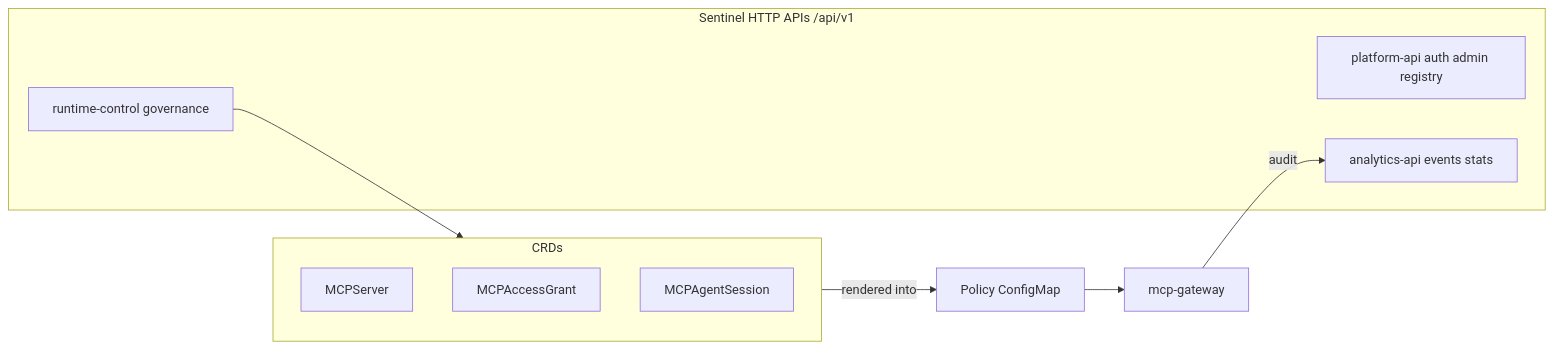
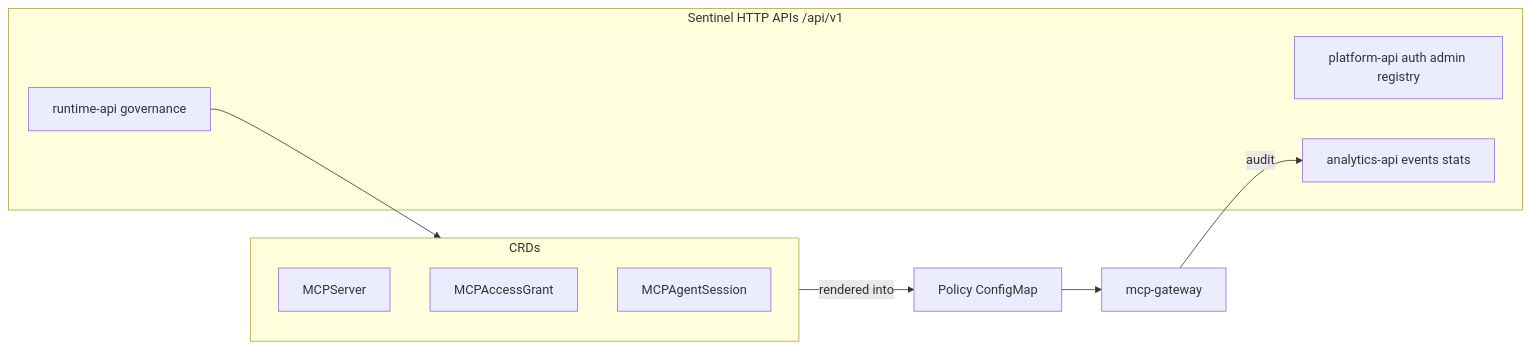
Before and after one commit to Agent-Hellboy/mcp-runtime: the first of 2 diagrams in docs/api.md, drawn with Mermaid. The commit also changed other lines of this file and 134 other files, not shown here.

First line of the commit message:
refactor(sentinel): rename runtime-control to runtime-api

````diff
--- a/docs/api.md
+++ b/docs/api.md
@@ -11,17 +11,17 @@
 ```mermaid
 flowchart LR
     subgraph CRDs
         Server[MCPServer]
         Grant[MCPAccessGrant]
         Session[MCPAgentSession]
     end
     subgraph HTTP["Sentinel HTTP APIs /api/v1"]
         Plat[platform-api auth admin registry]
-        Run[runtime-control governance]
+        Run[runtime-api governance]
         Ana[analytics-api events stats]
     end
     CRDs -- rendered into --> Policy[Policy ConfigMap]
     Policy --> Gateway[mcp-gateway]
     Gateway -->|audit| Ana
     Run --> CRDs
 ```
````
